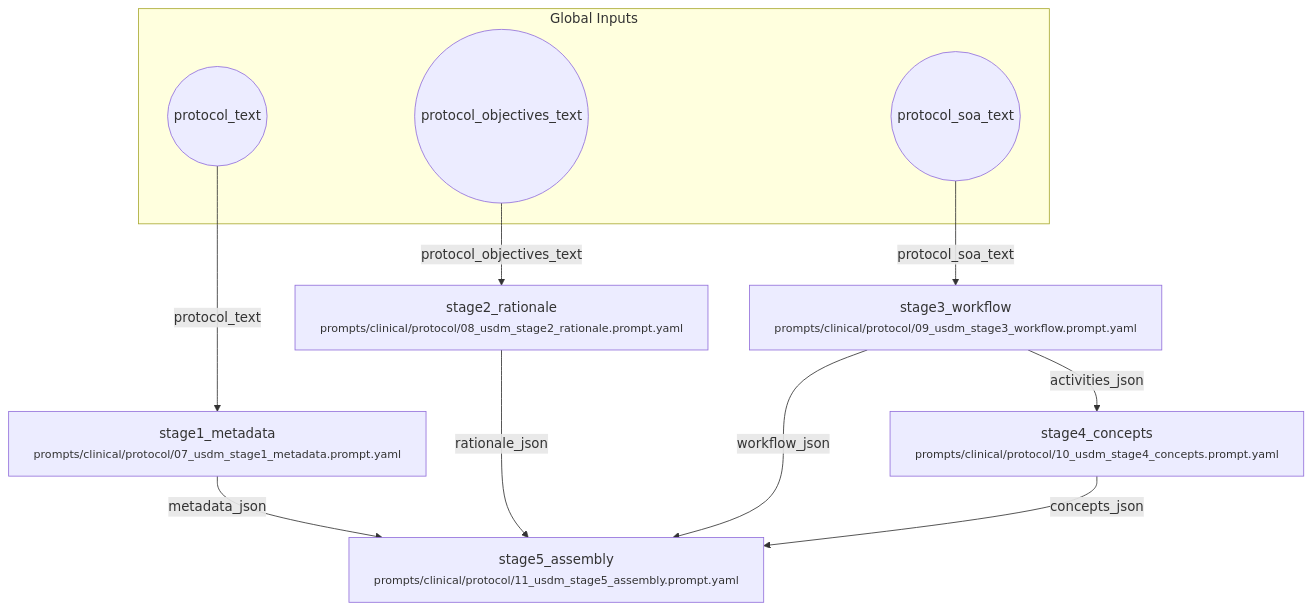
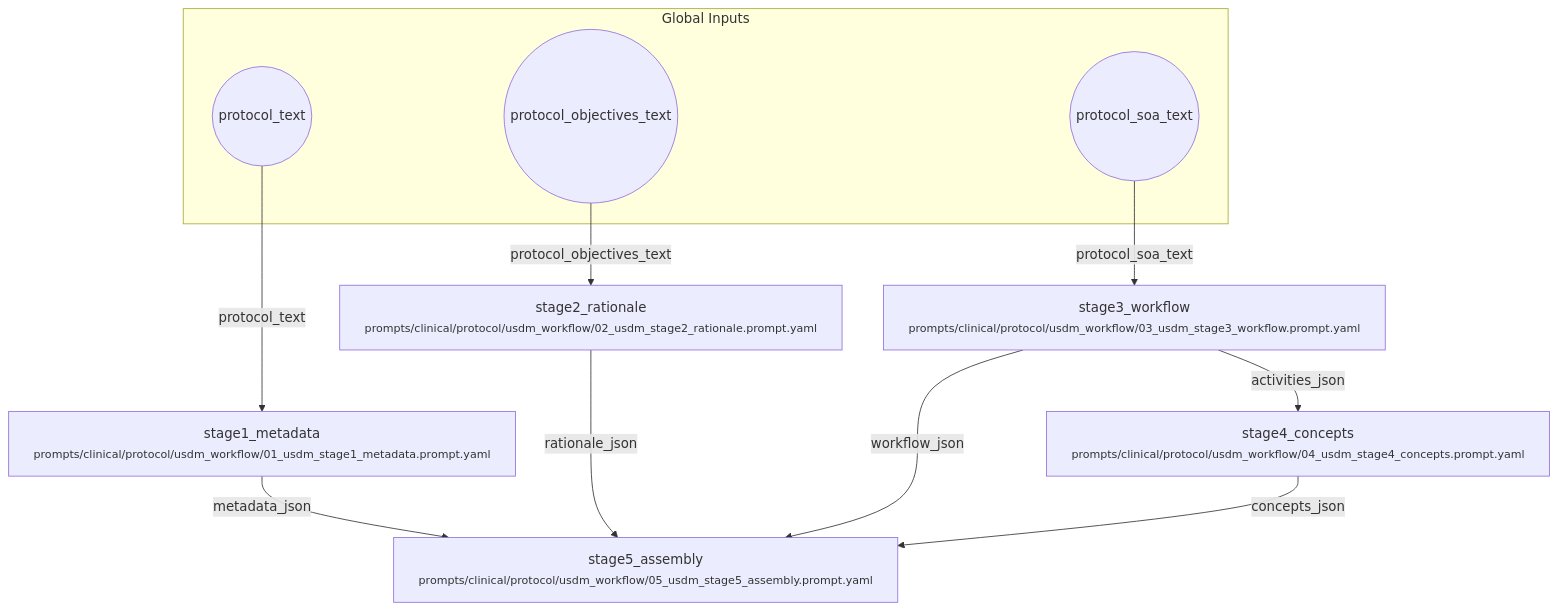
One commit to fderuiter/proompts changed the diagram in workflows/clinical/usdm_workflow.workflow.md. Above: the diagram before and after it, drawn with Mermaid. The commit also changed 31 other files, not shown here.

````diff
--- a/workflows/clinical/usdm_workflow.workflow.md
+++ b/workflows/clinical/usdm_workflow.workflow.md
@@ -7,21 +7,21 @@
 ```mermaid
 flowchart TD
     subgraph Inputs [Global Inputs]
         inp_protocol_text((protocol_text))
         inp_protocol_objectives_text((protocol_objectives_text))
         inp_protocol_soa_text((protocol_soa_text))
     end
-    stage1_metadata["stage1_metadata<br/><small>prompts/clinical/protocol/07_usdm_stage1_metadata.prompt.yaml</small>"]
-    stage2_rationale["stage2_rationale<br/><small>prompts/clinical/protocol/08_usdm_stage2_rationale.prompt.yaml</small>"]
-    stage3_workflow["stage3_workflow<br/><small>prompts/clinical/protocol/09_usdm_stage3_workflow.prompt.yaml</small>"]
-    stage4_concepts["stage4_concepts<br/><small>prompts/clinical/protocol/10_usdm_stage4_concepts.prompt.yaml</small>"]
-    stage5_assembly["stage5_assembly<br/><small>prompts/clinical/protocol/11_usdm_stage5_assembly.prompt.yaml</small>"]
+    stage1_metadata["stage1_metadata<br/><small>prompts/clinical/protocol/usdm_workflow/01_usdm_stage1_metadata.prompt.yaml</small>"]
+    stage2_rationale["stage2_rationale<br/><small>prompts/clinical/protocol/usdm_workflow/02_usdm_stage2_rationale.prompt.yaml</small>"]
+    stage3_workflow["stage3_workflow<br/><small>prompts/clinical/protocol/usdm_workflow/03_usdm_stage3_workflow.prompt.yaml</small>"]
+    stage4_concepts["stage4_concepts<br/><small>prompts/clinical/protocol/usdm_workflow/04_usdm_stage4_concepts.prompt.yaml</small>"]
+    stage5_assembly["stage5_assembly<br/><small>prompts/clinical/protocol/usdm_workflow/05_usdm_stage5_assembly.prompt.yaml</small>"]
     inp_protocol_text -->|protocol_text| stage1_metadata
     inp_protocol_objectives_text -->|protocol_objectives_text| stage2_rationale
     inp_protocol_soa_text -->|protocol_soa_text| stage3_workflow
     stage3_workflow -->|activities_json| stage4_concepts
     stage1_metadata -->|metadata_json| stage5_assembly
     stage2_rationale -->|rationale_json| stage5_assembly
     stage3_workflow -->|workflow_json| stage5_assembly
     stage4_concepts -->|concepts_json| stage5_assembly
 ```
````
